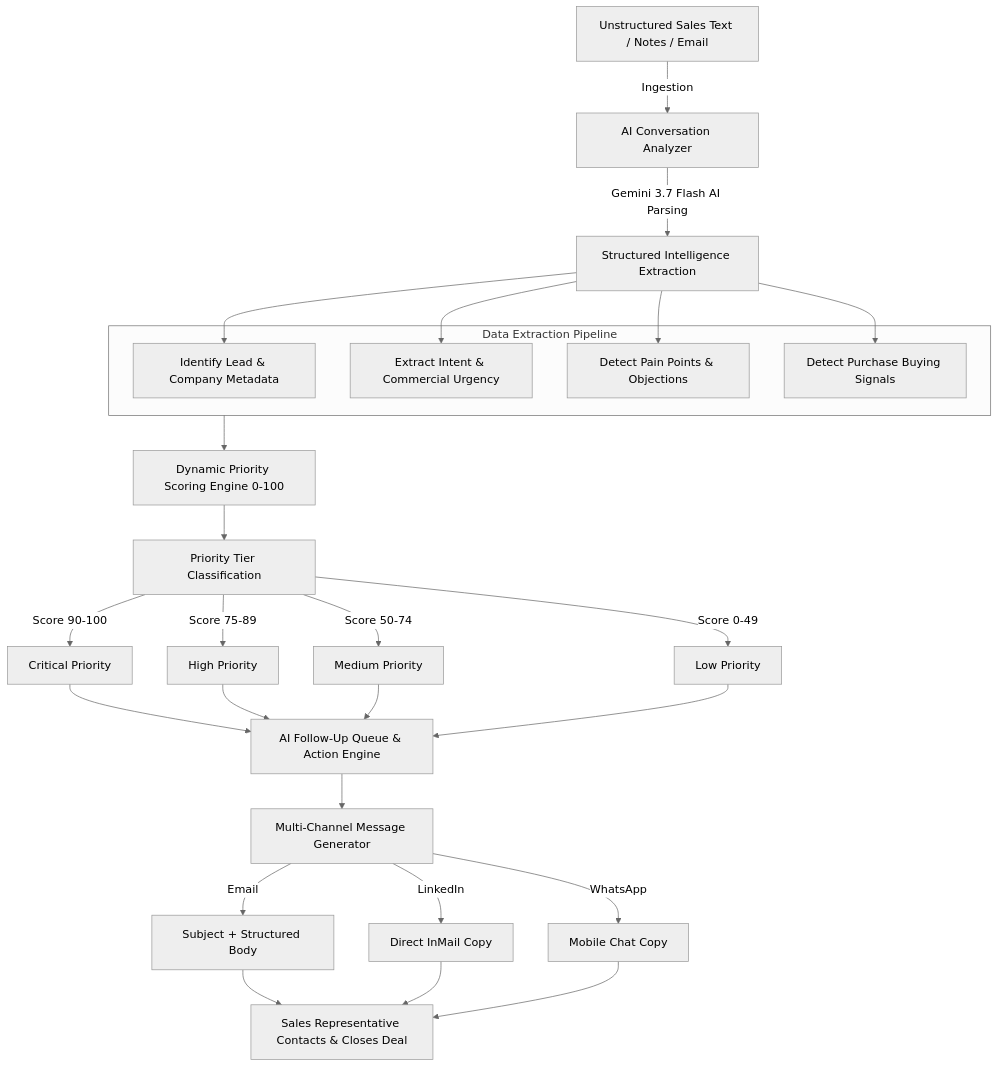
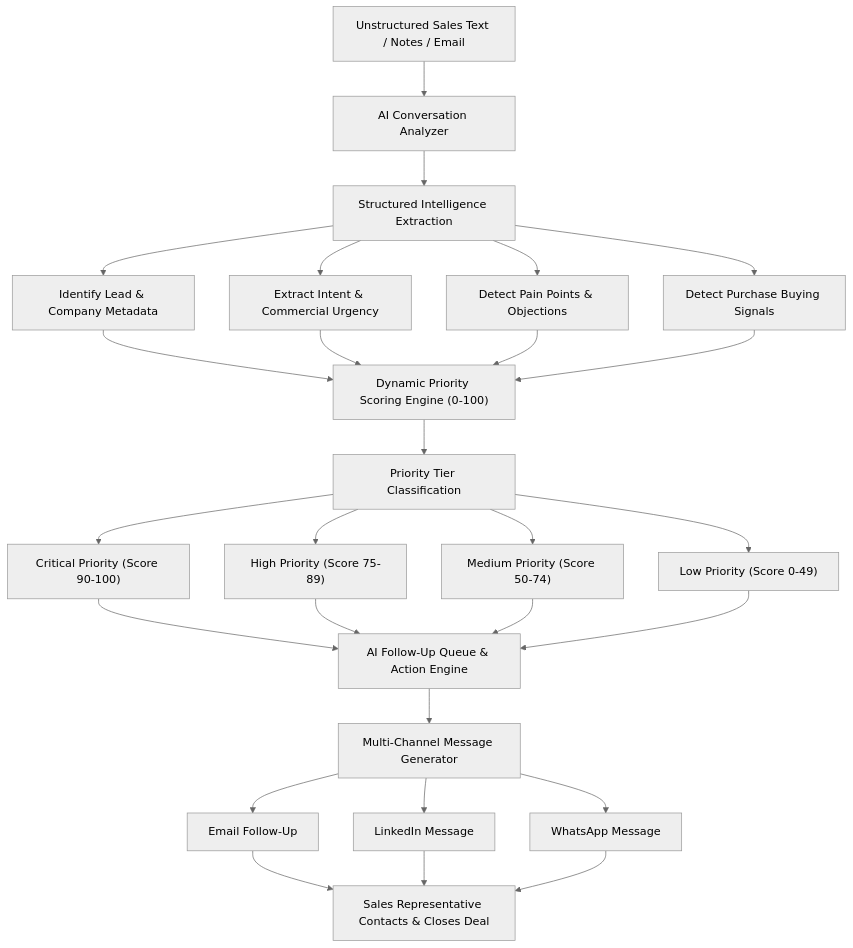
One commit to VIJAYAPANDIANT/followflow-ai changed the diagram in README.md. Above: the diagram before and after it, drawn with Mermaid (neutral theme).

Commit message:
fix: simplify Mermaid diagram to standard graph TD for guaranteed GitHub markdown rendering

````diff
--- a/README.md
+++ b/README.md
@@ -26,40 +26,37 @@
 ```mermaid
-flowchart TD
-    A["Unstructured Sales Text / Notes / Email"] -->|Ingestion| B["AI Conversation Analyzer"]
-    B -->|Gemini 3.7 Flash AI Parsing| C["Structured Intelligence Extraction"]
+graph TD
+    A["Unstructured Sales Text / Notes / Email"] --> B["AI Conversation Analyzer"]
+    B --> C["Structured Intelligence Extraction"]
     
-    subgraph DataPipeline["Data Extraction Pipeline"]
-        D["Identify Lead & Company Metadata"]
-        E["Extract Intent & Commercial Urgency"]
-        F["Detect Pain Points & Objections"]
-        G["Detect Purchase Buying Signals"]
-    end
+    C --> D["Identify Lead & Company Metadata"]
+    C --> E["Extract Intent & Commercial Urgency"]
+    C --> F["Detect Pain Points & Objections"]
+    C --> G["Detect Purchase Buying Signals"]
     
-    C --> D
-    C --> E
-    C --> F
-    C --> G
+    D --> H["Dynamic Priority Scoring Engine (0-100)"]
+    E --> H
+    F --> H
+    G --> H
     
-    DataPipeline --> H["Dynamic Priority Scoring Engine 0-100"]
     H --> I["Priority Tier Classification"]
     
-    I -->|Score 90-100| J1["Critical Priority"]
-    I -->|Score 75-89| J2["High Priority"]
-    I -->|Score 50-74| J3["Medium Priority"]
-    I -->|Score 0-49| J4["Low Priority"]
+    I --> J1["Critical Priority (Score 90-100)"]
+    I --> J2["High Priority (Score 75-89)"]
+    I --> J3["Medium Priority (Score 50-74)"]
+    I --> J4["Low Priority (Score 0-49)"]
     
     J1 --> K["AI Follow-Up Queue & Action Engine"]
     J2 --> K
     J3 --> K
     J4 --> K
     
     K --> L["Multi-Channel Message Generator"]
     
-    L -->|Email| M1["Subject + Structured Body"]
-    L -->|LinkedIn| M2["Direct InMail Copy"]
-    L -->|WhatsApp| M3["Mobile Chat Copy"]
+    L --> M1["Email Follow-Up"]
+    L --> M2["LinkedIn Message"]
+    L --> M3["WhatsApp Message"]
     
     M1 --> N["Sales Representative Contacts & Closes Deal"]
     M2 --> N
     M3 --> N
 ```
````
